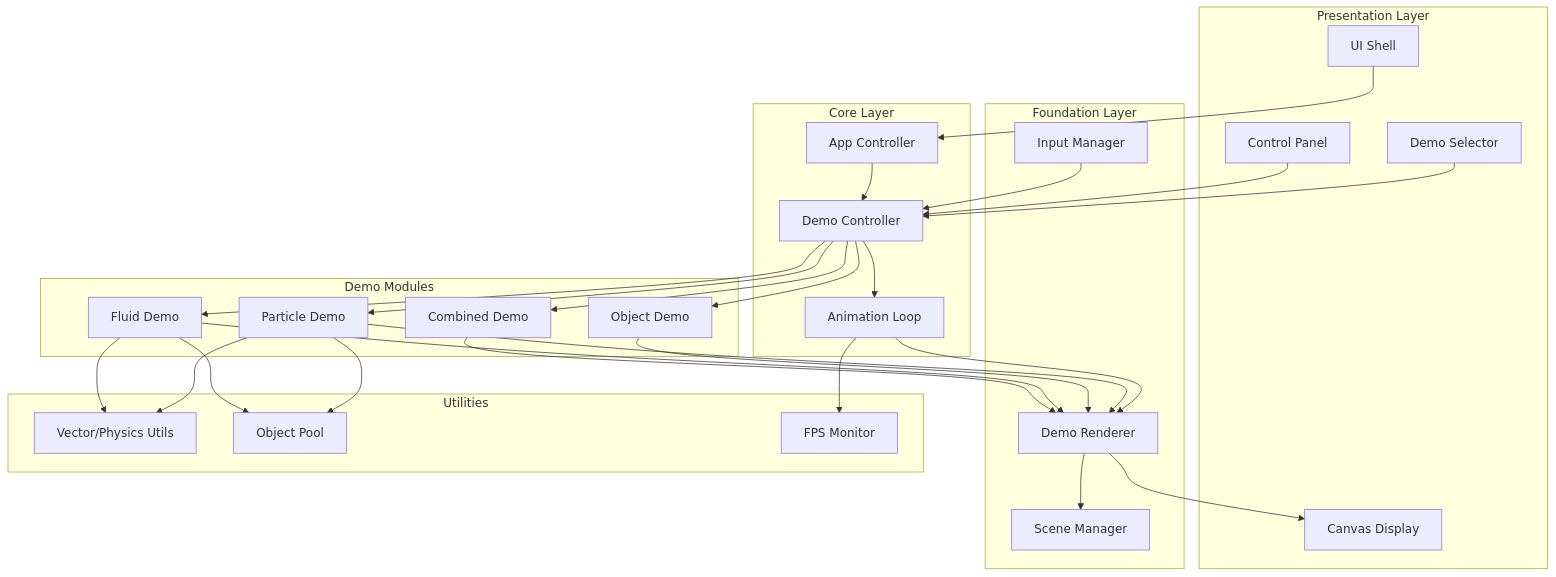
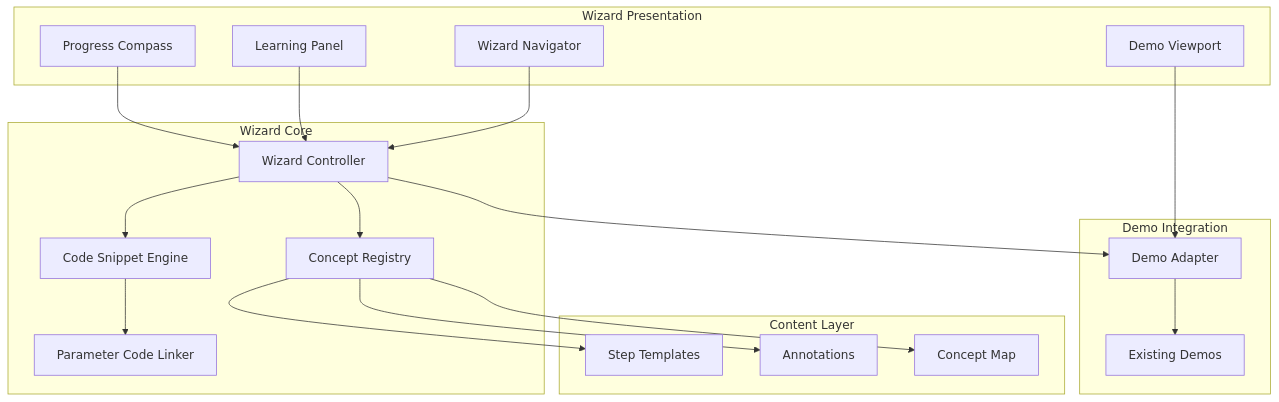
The second of 3 diagrams in bmad/02-architecture/ARCHITECTURE.md (Jobaben/BmadWorkflow), drawn with Mermaid before and after one commit. The commit also changed other lines of this file and 1 other file, not shown here.

First line of the commit message:
docs: Update Architecture v2.0 for Wizard Learning Experience

````diff
--- a/bmad/02-architecture/ARCHITECTURE.md
+++ b/bmad/02-architecture/ARCHITECTURE.md
@@ -87,57 +125,40 @@
 ```mermaid
 graph TB
-    subgraph Presentation["Presentation Layer"]
-        UI[UI Shell]
-        DS[Demo Selector]
-        CP[Control Panel]
-        Canvas[Canvas Display]
+    subgraph WizardUI["Wizard Presentation"]
+        WN[Wizard Navigator]
+        LP[Learning Panel]
+        DV[Demo Viewport]
+        PC[Progress Compass]
     end
 
-    subgraph Core["Core Layer"]
-        AC[App Controller]
-        DC[Demo Controller]
-        AL[Animation Loop]
+    subgraph WizardCore["Wizard Core"]
+        WC[Wizard Controller]
+        CR[Concept Registry]
+        CSE[Code Snippet Engine]
+        PCL[Parameter Code Linker]
     end
 
-    subgraph Demos["Demo Modules"]
-        PD[Particle Demo]
-        OD[Object Demo]
-        FD[Fluid Demo]
-        CD[Combined Demo]
+    subgraph Content["Content Layer"]
+        ST[Step Templates]
+        AN[Annotations]
+        CM[Concept Map]
     end
 
-    subgraph Foundation["Foundation Layer"]
-        IM[Input Manager]
-        DR[Demo Renderer]
-        SM[Scene Manager]
+    subgraph DemoIntegration["Demo Integration"]
+        DA[Demo Adapter]
+        Demos[Existing Demos]
     end
 
-    subgraph Utilities["Utilities"]
-        VP[Vector/Physics Utils]
-        OP[Object Pool]
-        FPS[FPS Monitor]
-    end
-
-    UI --> AC
-    DS --> DC
-    CP --> DC
-    AC --> DC
-    DC --> AL
-    DC --> PD
-    DC --> OD
-    DC --> FD
-    DC --> CD
-    AL --> DR
-    PD --> DR
-    OD --> DR
-    FD --> DR
-    CD --> DR
-    DR --> SM
-    DR --> Canvas
-    IM --> DC
-    PD --> VP
-    FD --> VP
-    PD --> OP
-    FD --> OP
-    AL --> FPS
+    WN --> WC
+    LP --> WC
+    PC --> WC
+    WC --> CR
+    WC --> CSE
+    WC --> DA
+    CR --> ST
+    CR --> AN
+    CR --> CM
+    CSE --> PCL
+    DA --> Demos
+    DV --> DA
 ```
````
